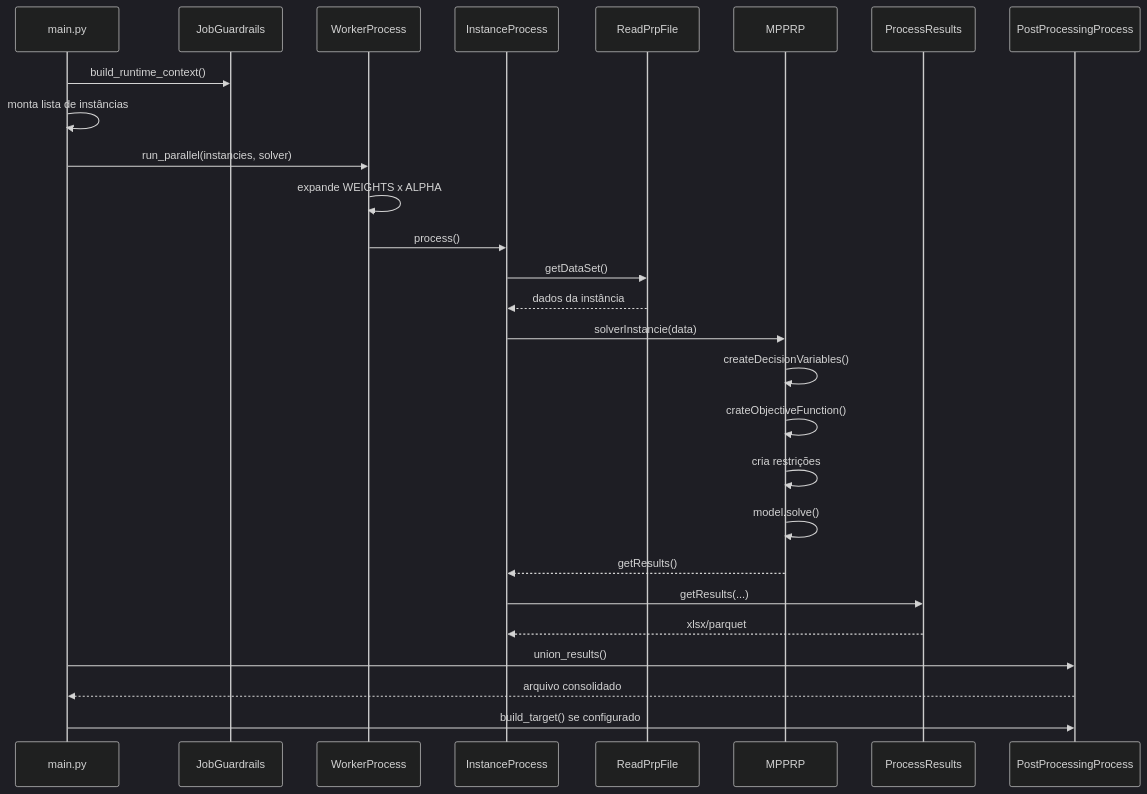
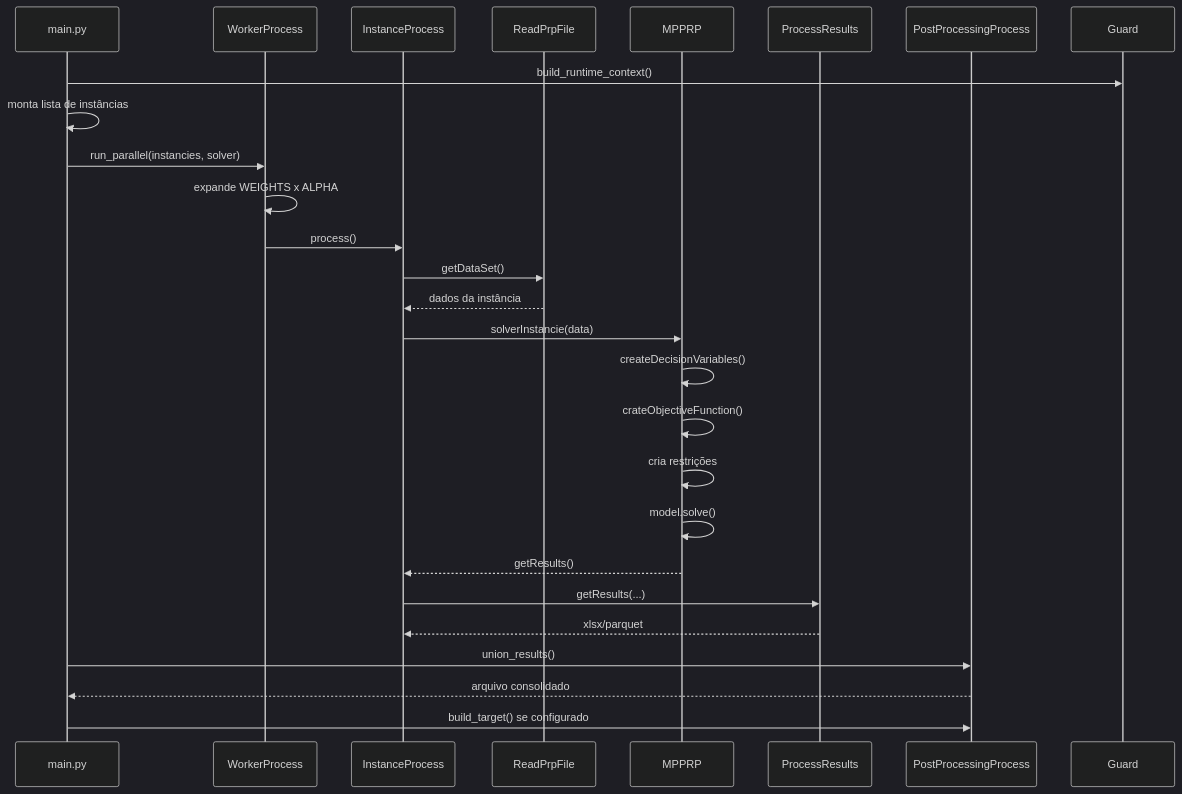
The third of 3 diagrams in AGENTS.md (gsamaro/lsvrp), drawn with Mermaid (dark theme) before and after one commit. The commit also changed other lines of this file and 13 other files, not shown here.

````diff
--- a/AGENTS.md
+++ b/AGENTS.md
@@ -176,30 +172,29 @@
 ```mermaid
 sequenceDiagram
     participant Main as main.py
-    participant Guard as JobGuardrails
     participant Worker as WorkerProcess
     participant Inst as InstanceProcess
     participant Parser as ReadPrpFile
     participant Solver as MPPRP
     participant Results as ProcessResults
     participant Post as PostProcessingProcess
 
     Main->>Guard: build_runtime_context()
     Main->>Main: monta lista de instâncias
     Main->>Worker: run_parallel(instancies, solver)
     Worker->>Worker: expande WEIGHTS x ALPHA
     Worker->>Inst: process()
     Inst->>Parser: getDataSet()
     Parser-->>Inst: dados da instância
     Inst->>Solver: solverInstancie(data)
     Solver->>Solver: createDecisionVariables()
     Solver->>Solver: crateObjectiveFunction()
     Solver->>Solver: cria restrições
     Solver->>Solver: model.solve()
     Solver-->>Inst: getResults()
     Inst->>Results: getResults(...)
     Results-->>Inst: xlsx/parquet
     Main->>Post: union_results()
     Post-->>Main: arquivo consolidado
     Main->>Post: build_target() se configurado
 ```
````
